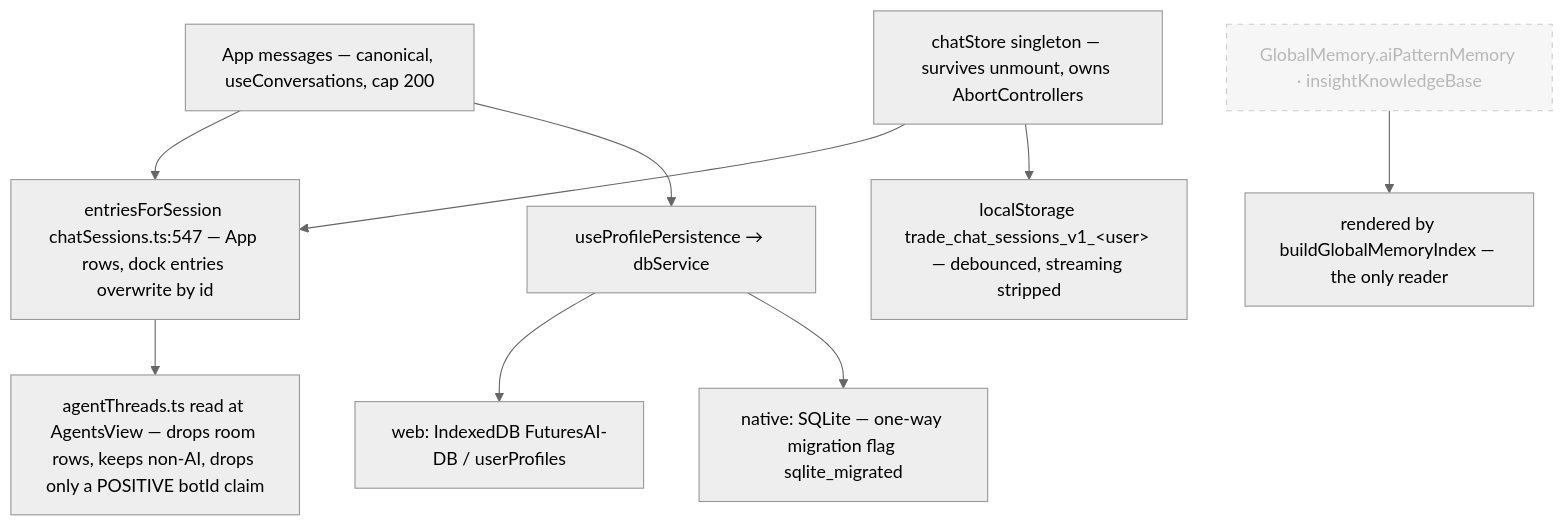
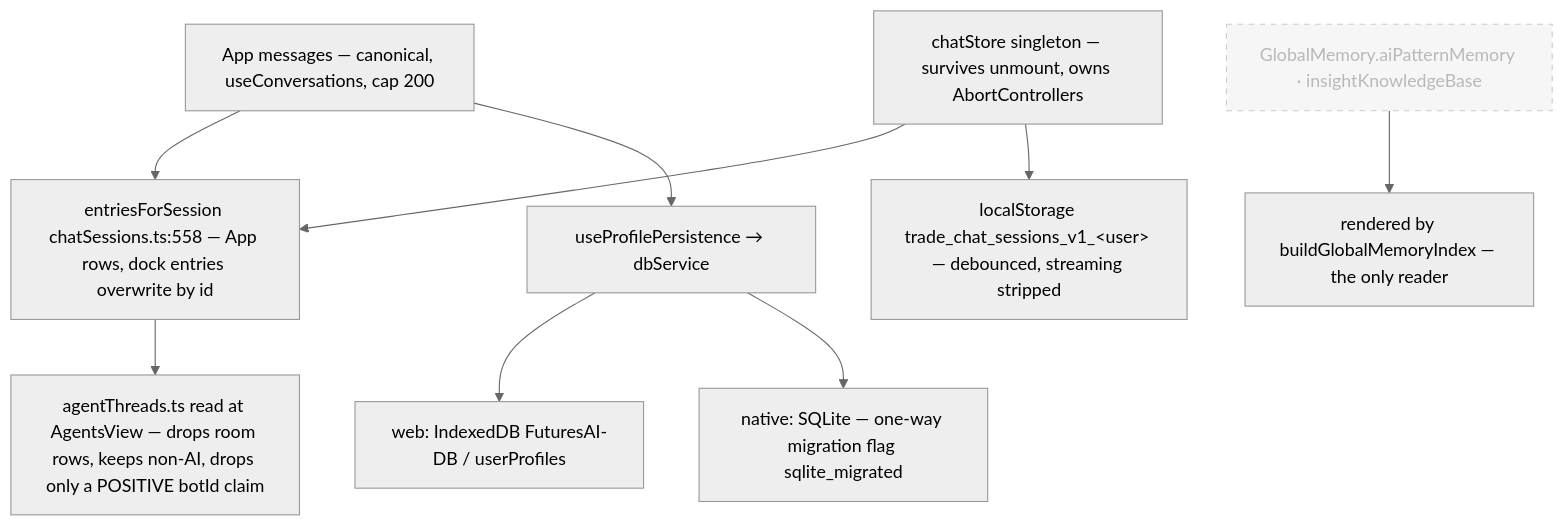
Before and after one commit to Acepay25/august-3.5: the seventh of 7 diagrams in docs/app-flow.md, drawn with Mermaid (neutral theme). The commit also changed other lines of this file and 11 other files, not shown here.

````diff
--- a/docs/app-flow.md
+++ b/docs/app-flow.md
@@ -358,12 +358,12 @@
 ```mermaid
 flowchart TD
-    MSG["App messages — canonical, useConversations, cap 200"] --> MER["entriesForSession chatSessions.ts:547 — App rows, dock entries overwrite by id"]
+    MSG["App messages — canonical, useConversations, cap 200"] --> MER["entriesForSession chatSessions.ts:558 — App rows, dock entries overwrite by id"]
     CS["chatStore singleton — survives unmount, owns AbortControllers"] --> MER
     MER --> PANE["agentThreads.ts read at AgentsView — drops room rows, keeps non-AI, drops only a POSITIVE botId claim"]
     CS --> LS["localStorage trade_chat_sessions_v1_&lt;user&gt; — debounced, streaming stripped"]
     MSG --> PP["useProfilePersistence → dbService"]
     PP --> IDB["web: IndexedDB FuturesAI-DB / userProfiles"]
     PP --> SQL["native: SQLite — one-way migration flag sqlite_migrated"]
     GM["GlobalMemory.aiPatternMemory · insightKnowledgeBase"]:::dead --> IDX["rendered by buildGlobalMemoryIndex — the only reader"]
     classDef dead stroke-dasharray: 5 5,opacity:.5
 ```
````
